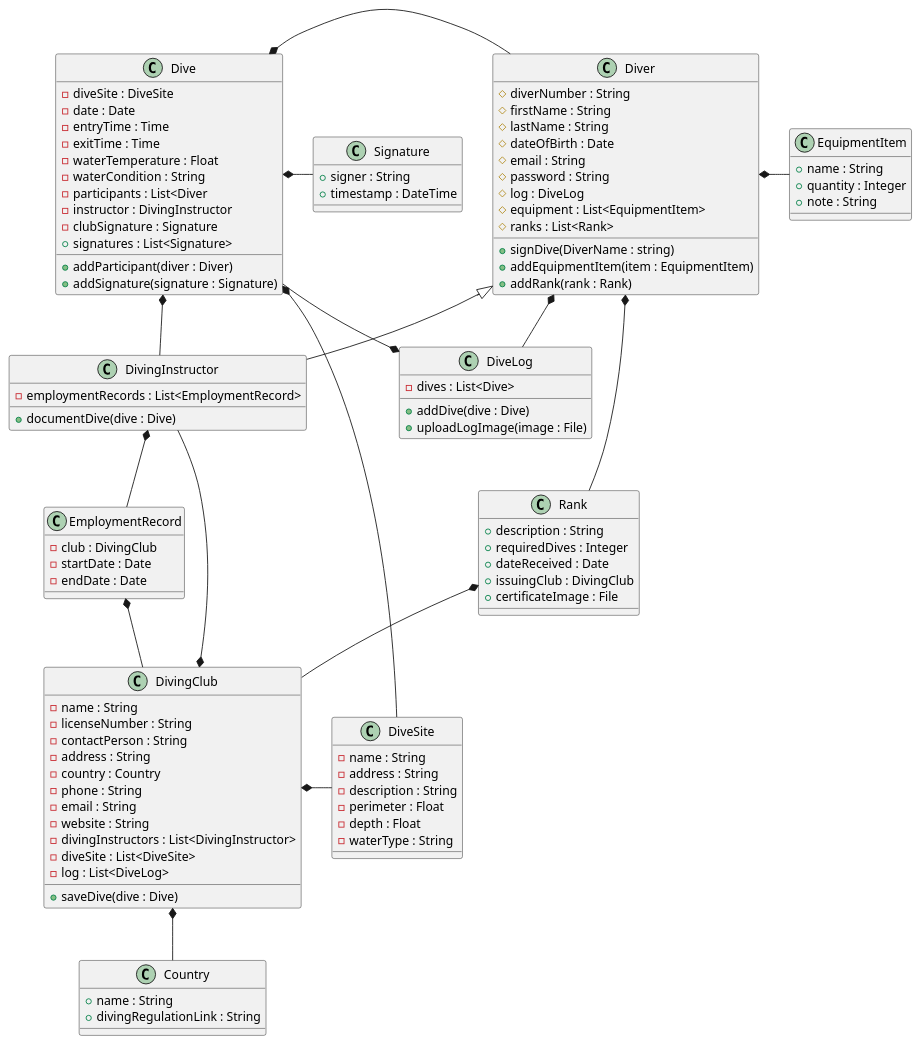
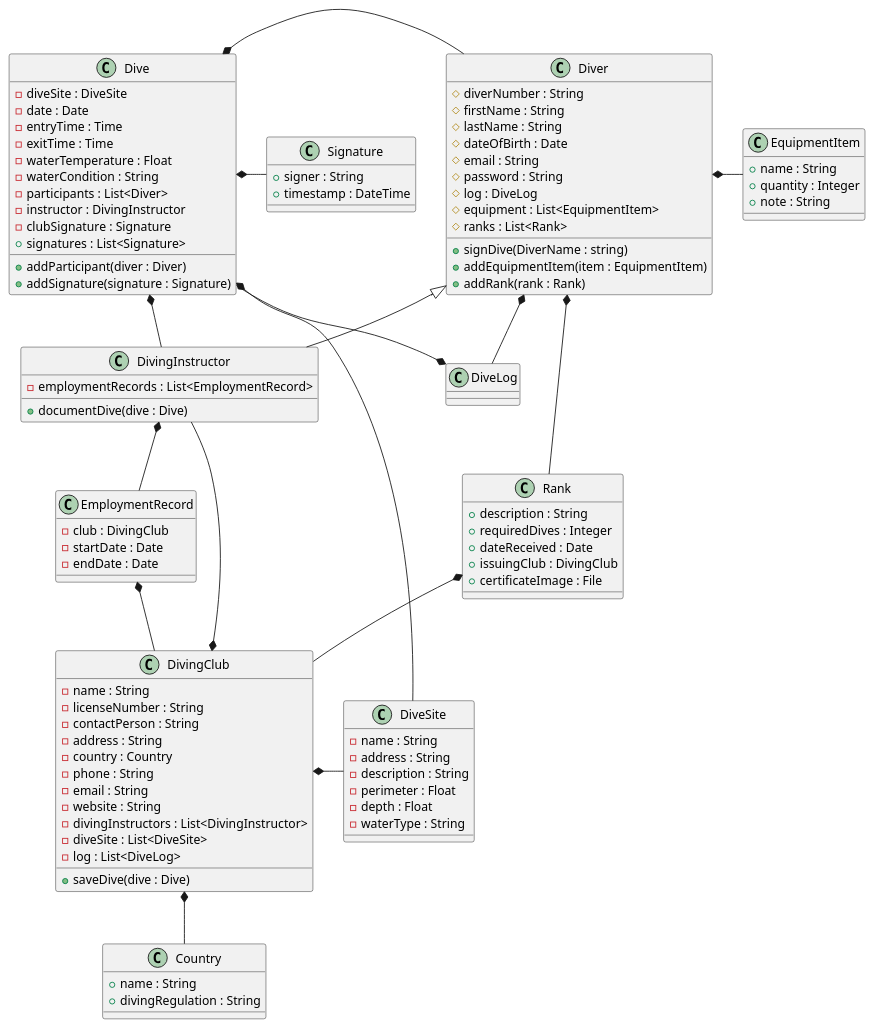
The diagram in All UML Files/ScubaDivingSystem/Diving Class Diagram.plantuml (barkan33/Systems-Analysis), drawn with PlantUML before and after one commit. The commit also changed 37 other files, not shown here.

```diff
--- a/All UML Files/ScubaDivingSystem/Diving Class Diagram.plantuml
+++ b/All UML Files/ScubaDivingSystem/Diving Class Diagram.plantuml
@@ -1,121 +1,121 @@
 @startuml Diving Class Diagram
 
 class Diver {
     #diverNumber : String
     #firstName : String
     #lastName : String
     #dateOfBirth : Date
     #email : String
     #password : String
     #log : DiveLog
     #equipment : List<EquipmentItem>
     #ranks : List<Rank>
     +signDive(DiverName : string)
     +addEquipmentItem(item : EquipmentItem)
     +addRank(rank : Rank)
 }
 
-class DiveLog {
-    -dives : List<Dive>
-    +addDive(dive : Dive)
-    +uploadLogImage(image : File)
-}
+' class DiveLog {
+'     -dives : List<Dive>
+'     +addDive(dive : Dive)
+'     +uploadLogImage(image : File)
+' }
 
 class Dive {
     -diveSite : DiveSite
     -date : Date
     -entryTime : Time
     -exitTime : Time
     -waterTemperature : Float
     -waterCondition : String
-    -participants : List<Diver
+    -participants : List<Diver>
     -instructor : DivingInstructor
     -clubSignature : Signature
     +signatures : List<Signature>
     +addParticipant(diver : Diver)
     +addSignature(signature : Signature)
 }
 
 class DiveSite {
     -name : String
     -address : String
     -description : String
     -perimeter : Float
     -depth : Float
     -waterType : String
 }
 
 class DivingInstructor extends Diver {
     -employmentRecords : List<EmploymentRecord>
-    +documentDive(dive : Dive) 
+    +documentDive(dive : Dive)
 }
 
 class EmploymentRecord {
     -club : DivingClub
     -startDate : Date
     -endDate : Date
 }
 
 class DivingClub {
     -name : String
     -licenseNumber : String
     -contactPerson : String
     -address : String
     -country : Country
     -phone : String
     -email : String
     -website : String
     -divingInstructors : List<DivingInstructor>
     -diveSite : List<DiveSite>
     -log : List<DiveLog>
     +saveDive(dive : Dive)
 }
 
 class Country {
     +name : String
-    +divingRegulationLink : String
+    +divingRegulation : String
 }
 
 class EquipmentItem {
     +name : String
     +quantity : Integer
     +note : String
 
 }
 class Signature {
     +signer : String
     +timestamp : DateTime
 }
 
 class Rank {
     +description : String
     +requiredDives : Integer
     +dateReceived : Date
     +issuingClub : DivingClub
     +certificateImage : File
 }
 
 
 Dive *-- DiveSite
 Dive *- Diver
 Dive *- DivingInstructor
 Dive *- Signature
 
 DivingInstructor *-- EmploymentRecord
 
 EmploymentRecord *-- DivingClub
 
 Rank *- DivingClub
 
 Diver *- DiveLog
 Diver *- EquipmentItem
 Diver *- Rank
 
 DiveLog *-- Dive
 
 DivingClub *-- Country
 DivingClub *-- DivingInstructor
 DivingClub *- DiveSite
 
 
 @enduml
```
